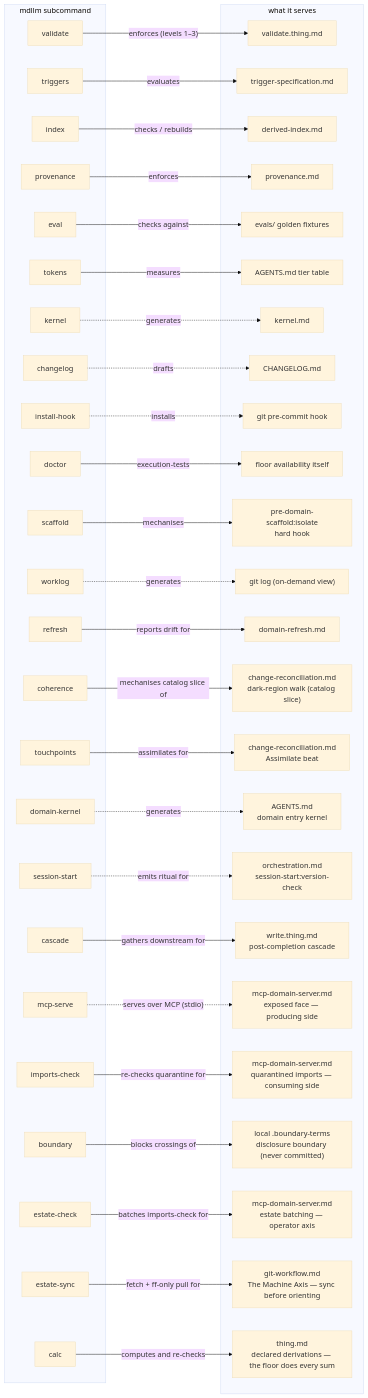
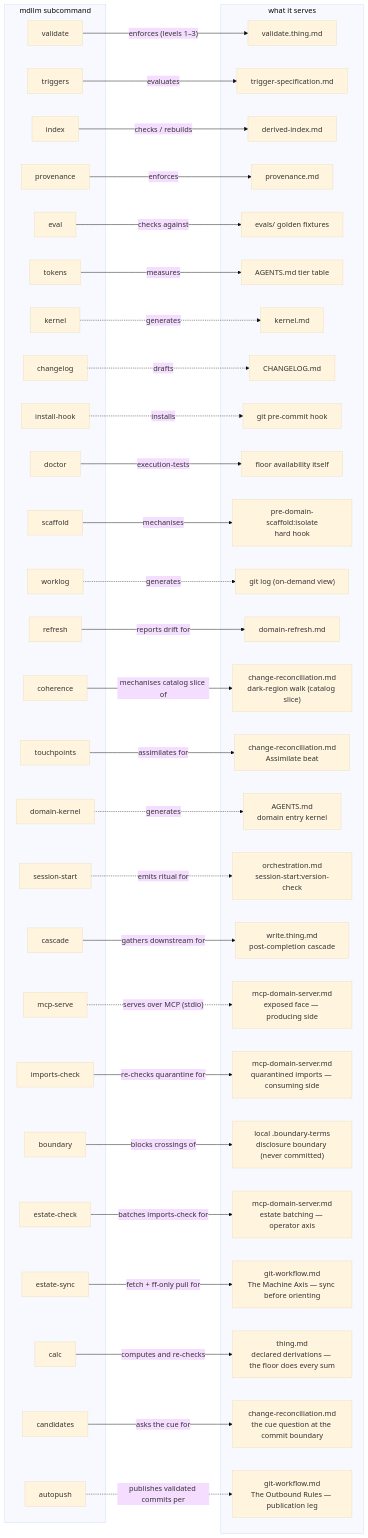
Before and after one commit to JanoshMoshiri/MarkdownLLM: the third of 4 diagrams in docs/framework-map.md, drawn with Mermaid (base theme). The commit also changed other lines of this file and 6 other files, not shown here.

Commit message:
reconcile: phase 1 mechanical — map count 24->26 + candidates/autopush rows in View 3, orchestration sync-walk prose stops citing superseded push doctrine, examples re-pinned 3.26.0 (no-op absorb), installers name all three hook legs

````diff
--- a/docs/framework-map.md
+++ b/docs/framework-map.md
@@ -199,6 +199,8 @@
         C22["estate-check"]
         C23["estate-sync"]
         C24["calc"]
+        C25["candidates"]
+        C26["autopush"]
     end
     subgraph target ["what it serves"]
         T1["validate.thing.md"]
@@ -225,6 +227,8 @@
         T22["mcp-domain-server.md<br/>estate batching — operator axis"]
         T23["git-workflow.md<br/>The Machine Axis — sync before orienting"]
         T24["thing.md<br/>declared derivations — the floor does every sum"]
+        T25["change-reconciliation.md<br/>the cue question at the commit boundary"]
+        T26["git-workflow.md<br/>The Outbound Rules — publication leg"]
     end
 
     C1 -->|"enforces (levels 1–3)"| T1
@@ -251,4 +255,6 @@
     C22 -->|"batches imports-check for"| T22
     C23 -->|"fetch + ff-only pull for"| T23
     C24 -->|"computes and re-checks"| T24
+    C25 -->|"asks the cue for"| T25
+    C26 -.->|"publishes validated commits per"| T26
 ```
````
